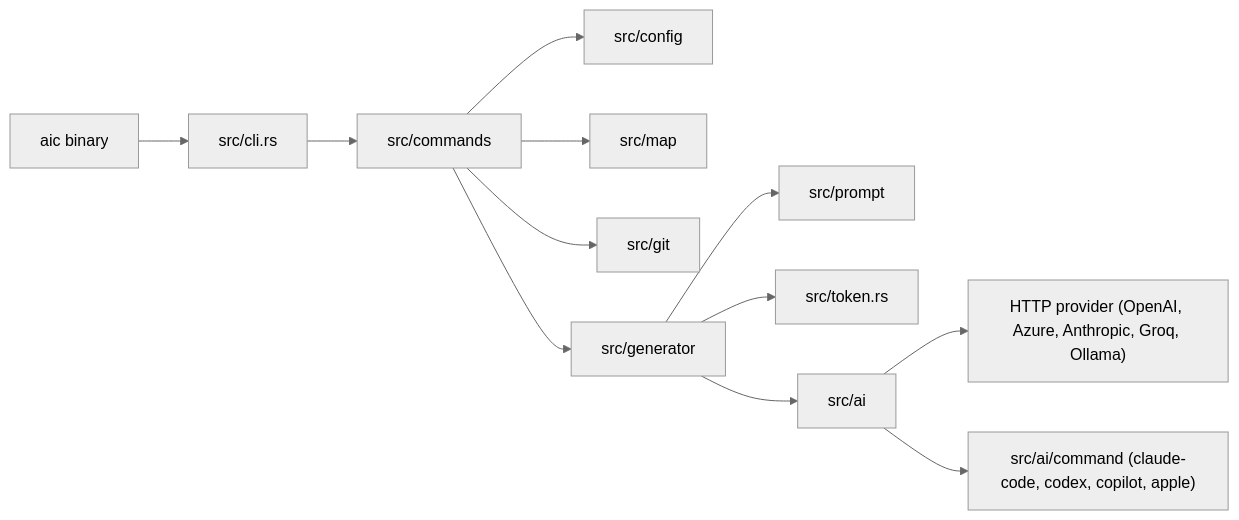
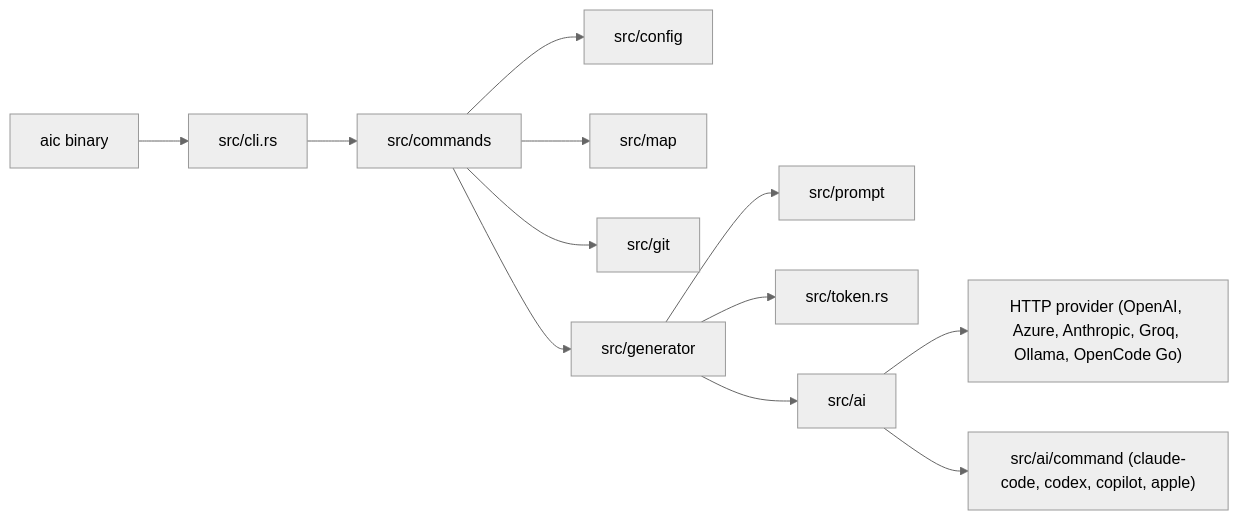
Before and after one commit to BUR4KBEY/aicommit: the first of 2 diagrams in docs/architecture.md, drawn with Mermaid (neutral theme). The commit also changed other lines of this file and 5 other files, not shown here.

````diff
--- a/docs/architecture.md
+++ b/docs/architecture.md
@@ -24,14 +24,14 @@
 ```mermaid
 flowchart LR
     Bin["aic binary"] --> Cli["src/cli.rs"]
     Cli --> Commands["src/commands"]
     Commands --> Config["src/config"]
     Commands --> Map["src/map"]
     Commands --> Git["src/git"]
     Commands --> Generator["src/generator"]
     Generator --> Prompt["src/prompt"]
     Generator --> Token["src/token.rs"]
     Generator --> Ai["src/ai"]
-    Ai --> HTTP["HTTP provider (OpenAI, Azure, Anthropic, Groq, Ollama)"]
+    Ai --> HTTP["HTTP provider (OpenAI, Azure, Anthropic, Groq, Ollama, OpenCode Go)"]
     Ai --> Command["src/ai/command (claude-code, codex, copilot, apple)"]
 ```
````
